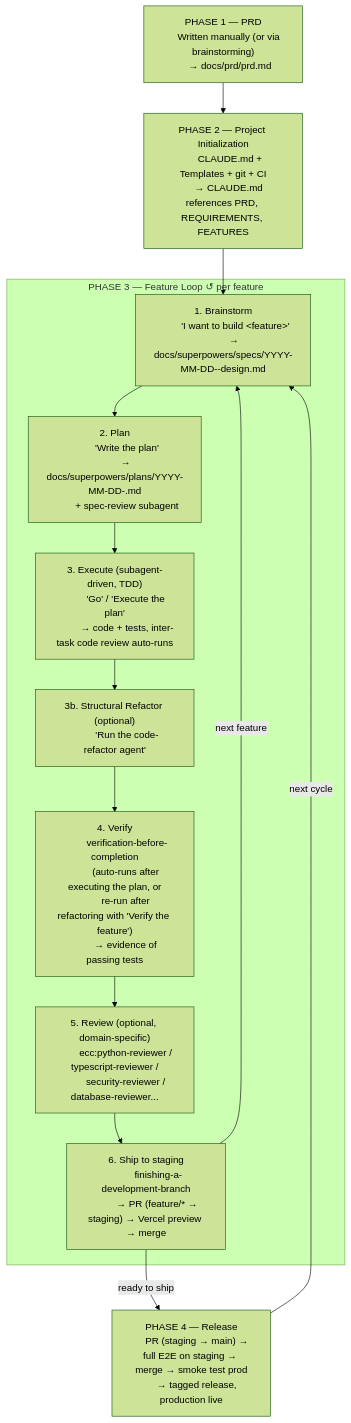
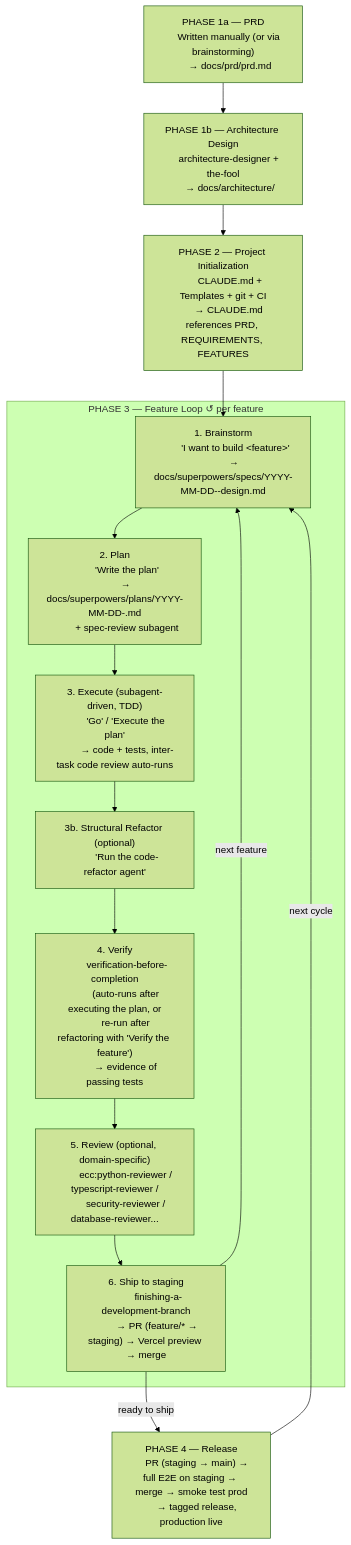
The diagram in project_workflow.md (guirau/Doggies), drawn with Mermaid (forest theme) before and after one commit. The commit also changed other lines of this file, not shown here.

Commit message:
Add Phase 1b. Architecture design to project_workflow.md

````diff
--- a/project_workflow.md
+++ b/project_workflow.md
@@ -18,54 +18,58 @@
 ```mermaid
 flowchart TD
 
-    P1["PHASE 1 — PRD
+    P1["PHASE 1a — PRD
      Written manually (or via brainstorming)
      → docs/prd/prd.md"]
+
+    P1b["PHASE 1b — Architecture Design
+     architecture-designer + the-fool
+     → docs/architecture/"]
 
     P2["PHASE 2 — Project Initialization
       CLAUDE.md + Templates + git + CI
      → CLAUDE.md references PRD, REQUIREMENTS, FEATURES"]
 
     subgraph loop["PHASE 3 — Feature Loop ↺ per feature"]
         S1["1. Brainstorm
          'I want to build &ltfeature&gt'
          → docs/superpowers/specs/YYYY-MM-DD-<feature>-design.md"]
 
         S2["2. Plan
          'Write the plan'
          → docs/superpowers/plans/YYYY-MM-DD-<feature>.md
          + spec-review subagent"]
 
         S3["3. Execute (subagent-driven, TDD)
          'Go' / 'Execute the plan'
          → code + tests, inter-task code review auto-runs"]
 
         S3b["3b. Structural Refactor (optional)
          'Run the code-refactor agent'"]
 
         S4["4. Verify
          verification-before-completion
          (auto-runs after executing the plan, or
 	 re-run after refactoring with 'Verify the feature')
          → evidence of passing tests"]
 
         S5["5. Review (optional, domain-specific)
          ecc:python-reviewer / typescript-reviewer /
          security-reviewer / database-reviewer..."]
 
         S6["6. Ship to staging
          finishing-a-development-branch
          → PR (feature/* → staging) → Vercel preview → merge"]
 
         S1 --> S2 --> S3 --> S3b --> S4 --> S5 --> S6
     end
 
     P4["PHASE 4 — Release
      PR (staging → main) → full E2E on staging → merge → smoke test prod
      → tagged release, production live"]
 
-    P1 --> P2 --> S1
+    P1 --> P1b --> P2 --> S1
     S6 -->|"next feature"| S1
     S6 -->|"ready to ship"| P4
     P4 -->|"next cycle"| S1
 ```
````
